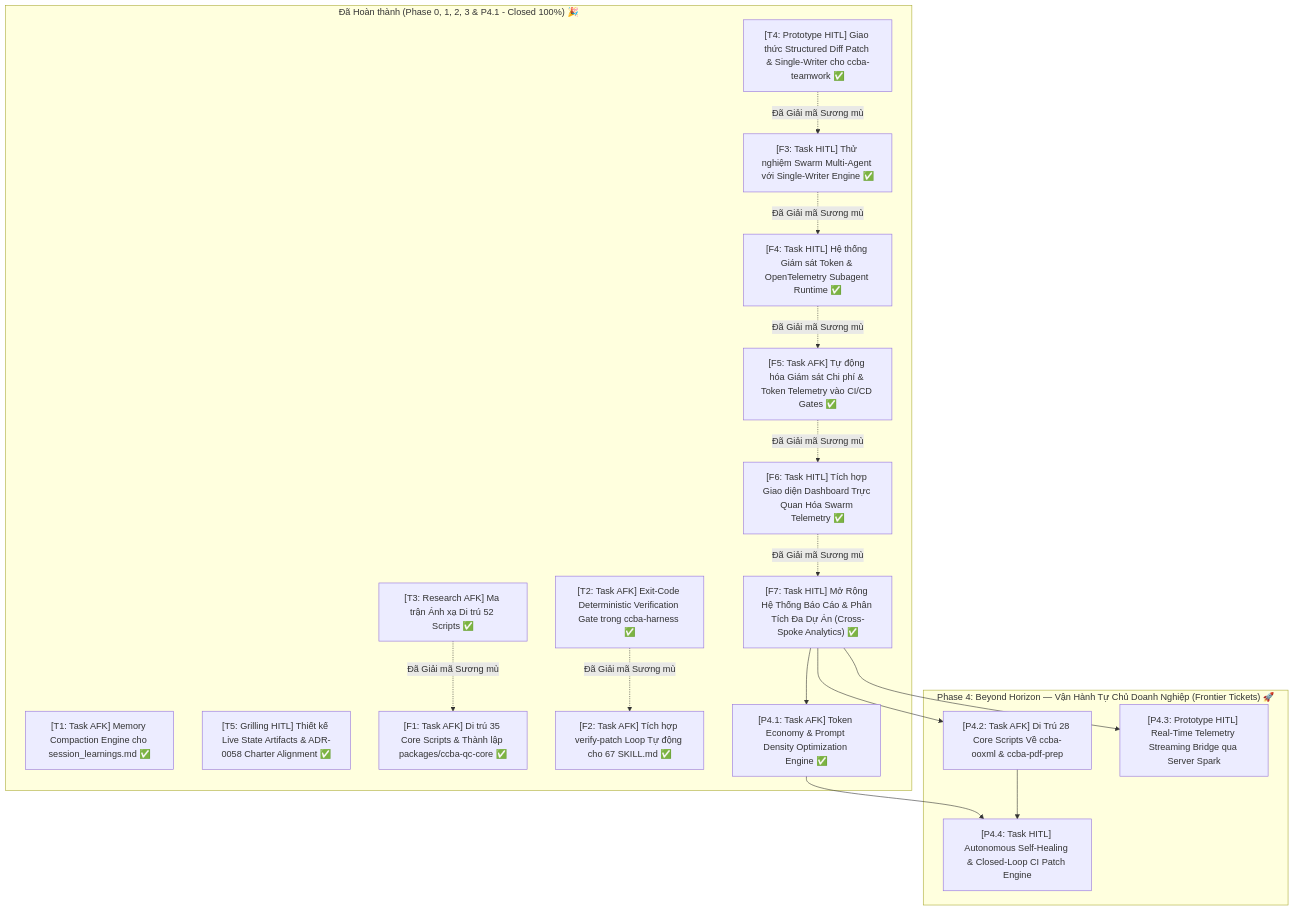
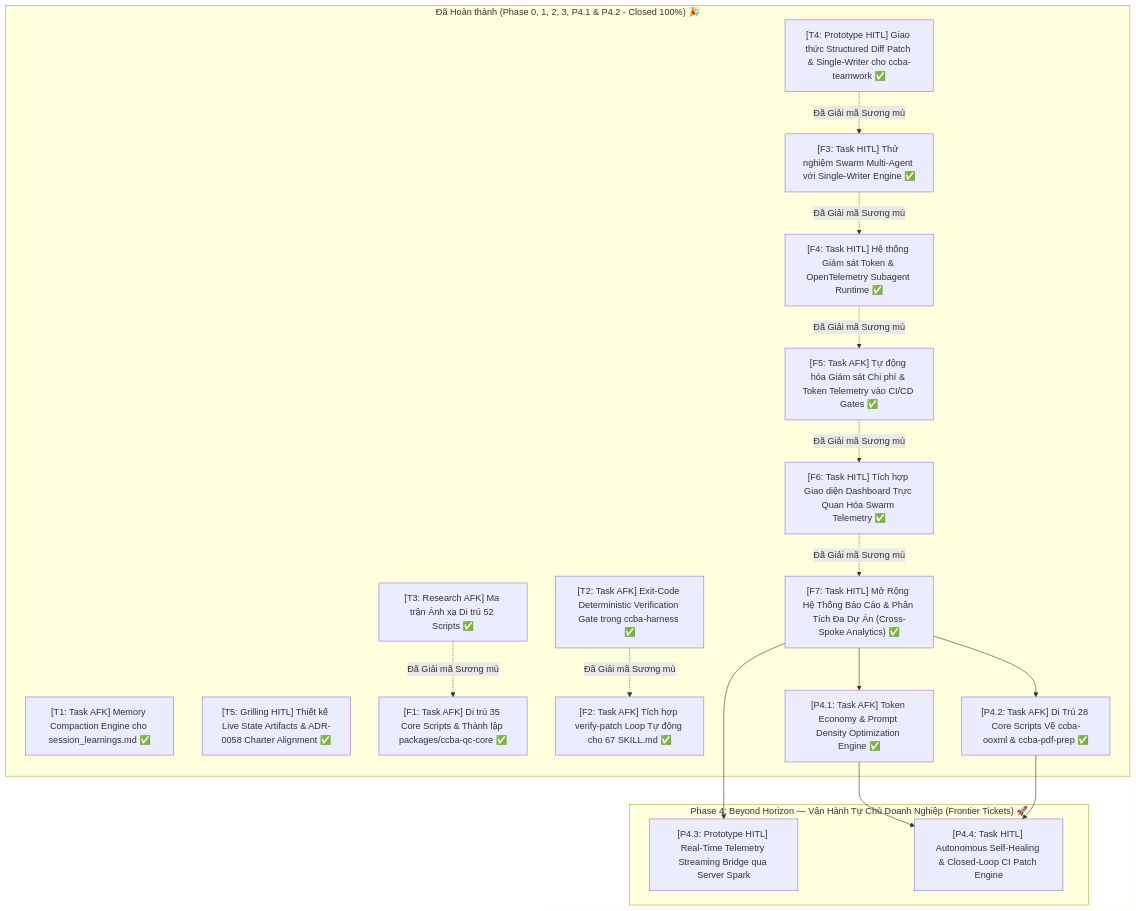
The diagram in .md/wayfinder/ccba-upgrade-roadmap/map.md (vvChu/ccba-agent-platform), drawn with Mermaid before and after one commit. The commit also changed other lines of this file and 11 other files, not shown here.

Commit message:
feat(migration): complete phase 2 core scripts migration to ccba-ooxml and ccba-pdf-prep

````diff
--- a/.md/wayfinder/ccba-upgrade-roadmap/map.md
+++ b/.md/wayfinder/ccba-upgrade-roadmap/map.md
@@ -141,37 +150,37 @@
 ```mermaid
 flowchart TD
-    subgraph Done ["Đã Hoàn thành (Phase 0, 1, 2, 3 & P4.1 - Closed 100%) 🎉"]
+    subgraph Done ["Đã Hoàn thành (Phase 0, 1, 2, 3, P4.1 & P4.2 - Closed 100%) 🎉"]
         T1["[T1: Task AFK] Memory Compaction Engine cho session_learnings.md ✅"]
         T2["[T2: Task AFK] Exit-Code Deterministic Verification Gate trong ccba-harness ✅"]
         T3["[T3: Research AFK] Ma trận Ánh xạ Di trú 52 Scripts ✅"]
         T4["[T4: Prototype HITL] Giao thức Structured Diff Patch & Single-Writer cho ccba-teamwork ✅"]
         T5["[T5: Grilling HITL] Thiết kế Live State Artifacts & ADR-0058 Charter Alignment ✅"]
         F1["[F1: Task AFK] Di trú 35 Core Scripts & Thành lập packages/ccba-qc-core ✅"]
         F2["[F2: Task AFK] Tích hợp verify-patch Loop Tự động cho 67 SKILL.md ✅"]
         F3["[F3: Task HITL] Thử nghiệm Swarm Multi-Agent với Single-Writer Engine ✅"]
         F4["[F4: Task HITL] Hệ thống Giám sát Token & OpenTelemetry Subagent Runtime ✅"]
         F5["[F5: Task AFK] Tự động hóa Giám sát Chi phí & Token Telemetry vào CI/CD Gates ✅"]
         F6["[F6: Task HITL] Tích hợp Giao diện Dashboard Trực Quan Hóa Swarm Telemetry ✅"]
         F7["[F7: Task HITL] Mở Rộng Hệ Thống Báo Cáo & Phân Tích Đa Dự Án (Cross-Spoke Analytics) ✅"]
         P4_1["[P4.1: Task AFK] Token Economy & Prompt Density Optimization Engine ✅"]
+        P4_2["[P4.2: Task AFK] Di Trú 28 Core Scripts Về ccba-ooxml & ccba-pdf-prep ✅"]
     end
 
     subgraph Phase4Frontier ["Phase 4: Beyond Horizon — Vận Hành Tự Chủ Doanh Nghiệp (Frontier Tickets) 🚀"]
-        P4_2["[P4.2: Task AFK] Di Trú 28 Core Scripts Về ccba-ooxml & ccba-pdf-prep"]
         P4_3["[P4.3: Prototype HITL] Real-Time Telemetry Streaming Bridge qua Server Spark"]
         P4_4["[P4.4: Task HITL] Autonomous Self-Healing & Closed-Loop CI Patch Engine"]
     end
 
     T3 -.->|Đã Giải mã Sương mù| F1
     T2 -.->|Đã Giải mã Sương mù| F2
     T4 -.->|Đã Giải mã Sương mù| F3
     F3 -.->|Đã Giải mã Sương mù| F4
     F4 -.->|Đã Giải mã Sương mù| F5
     F5 -.->|Đã Giải mã Sương mù| F6
     F6 -.->|Đã Giải mã Sương mù| F7
     F7 --> P4_1
     F7 --> P4_2
     F7 --> P4_3
     P4_1 --> P4_4
     P4_2 --> P4_4
 ```
````
